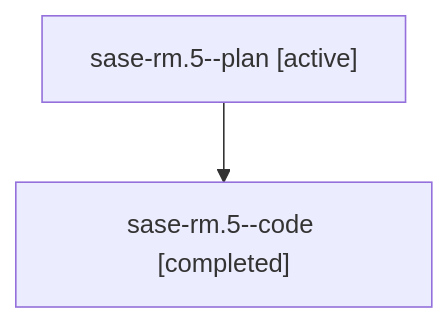
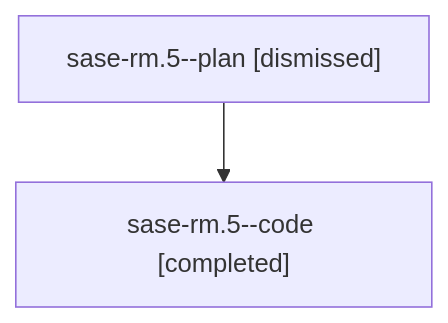
The diagram in sessions/bbugyi200.athena.sase-rm.5.md (sase-org/sase--agents), drawn with Mermaid before and after one commit. The commit also changed other lines of this file and 172 other files, not shown here.

````diff
--- a/sessions/bbugyi200.athena.sase-rm.5.md
+++ b/sessions/bbugyi200.athena.sase-rm.5.md
@@ -9,6 +9,6 @@
 ```mermaid
 flowchart TD
-  n0["sase-rm.5--plan [active]"]
+  n0["sase-rm.5--plan [dismissed]"]
   n1["sase-rm.5--code [completed]"]
   n0 --> n1
 ```
````
